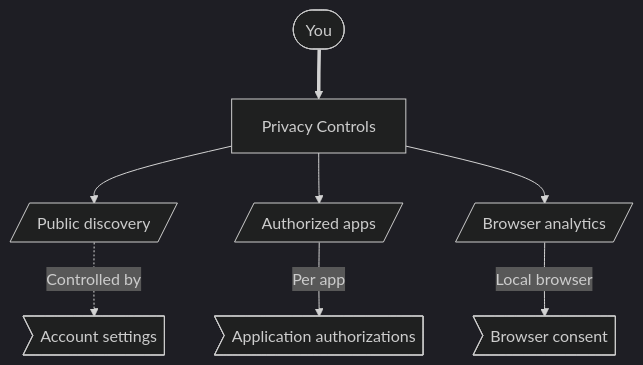
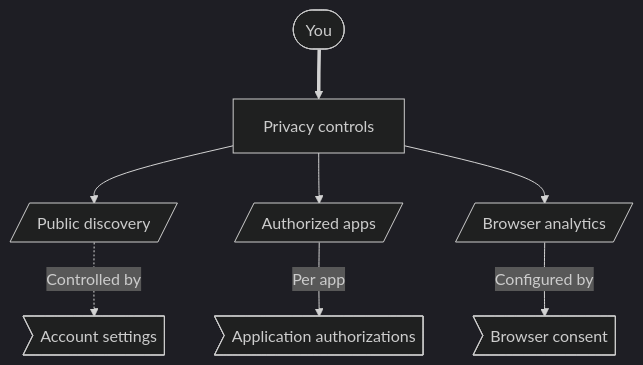
Before and after one commit to ArkanisCorporation/CitizenId-docs: the diagram in docs/players/privacy-controls.md, drawn with Mermaid (dark theme). The commit also changed other lines of this file and 7 other files, not shown here.

````diff
--- a/docs/players/privacy-controls.md
+++ b/docs/players/privacy-controls.md
@@ -26,30 +23,32 @@
 ```mermaid
 flowchart TD
   you([You])
-  controls["Privacy Controls"]
+  controls["Privacy controls"]
 
-  external[/Public discovery/]
+  discovery[/Public discovery/]
   apps[/"Authorized apps"/]
   analytics[/"Browser analytics"/]
 
-  privacy>"Account settings"]
+  settings>"Account settings"]
   authorized>Application authorizations]
-  local>"Browser consent"]
+  preferences>"Browser consent"]
 
   you ==> controls
 
-  controls --> external
+  controls --> discovery
   controls --> apps
   controls --> analytics
 
-  external -.->|"Controlled by"| privacy
-  apps -->|"Per app"| authorized
-  analytics -->|"Local browser"| local
+  discovery -.->|Controlled by| settings
+  apps -->|Per app| authorized
+  analytics -->|Configured by| preferences
 
   class you actor;
-  class external,apps,analytics context;
+  class discovery,apps,analytics context;
+  class controls service;
+  class settings,authorized,preferences boundary;
 
-  click privacy "#discovery-options" "Open Discovery Options" _self
+  click settings "#public-discoverability" "Open Public Discoverability" _self
   click authorized "/players/third-party-apps" "Open Third-Party Apps" _self
-  click local "#analytics-consent" "Open Analytics Consent" _self
+  click preferences "#analytics-preferences" "Open Analytics Preferences" _self
 ```
````
